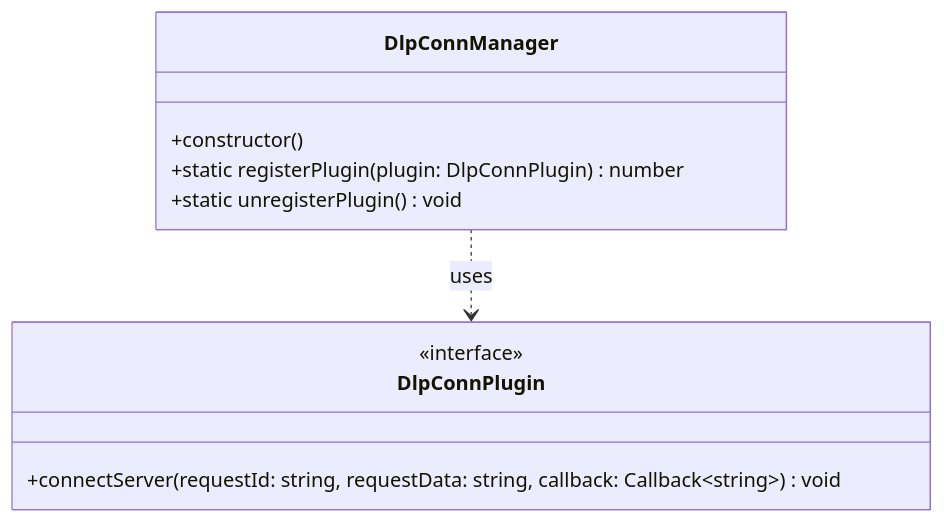
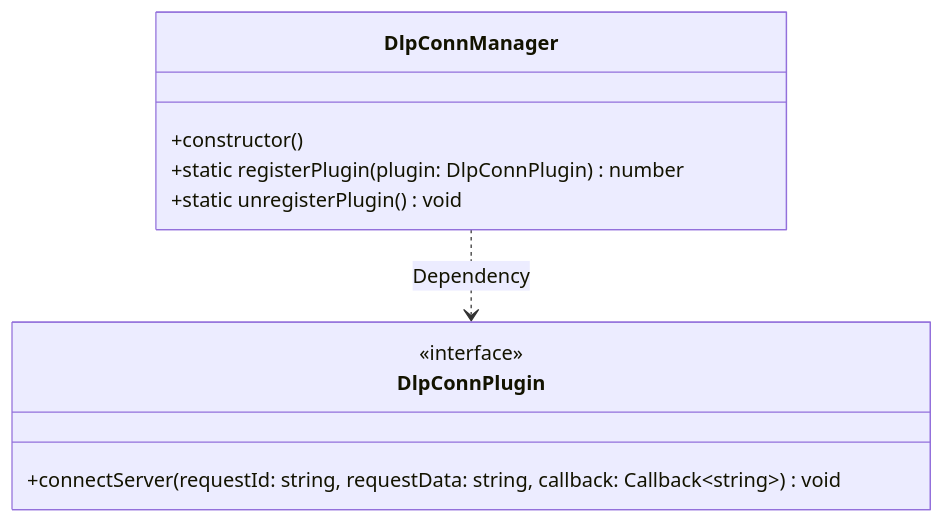
One commit to openharmony-rs/openharmony-docs changed the diagram in zh-cn/application-dev/reference/apis-data-protection-kit/js-apis-dlppermission.md. Above: the diagram before and after it, drawn with Mermaid.

Commit message:
update: 更新文件 js-apis-dlppermission.md

````diff
--- a/zh-cn/application-dev/reference/apis-data-protection-kit/js-apis-dlppermission.md
+++ b/zh-cn/application-dev/reference/apis-data-protection-kit/js-apis-dlppermission.md
@@ -47,14 +47,14 @@
 ```mermaid
 classDiagram
     class DlpConnManager {
         +constructor()
         +static registerPlugin(plugin: DlpConnPlugin) number
         +static unregisterPlugin() void
     }
     class DlpConnPlugin {
         <<interface>>
         +connectServer(requestId: string, requestData: string, callback: Callback~string~) void
     }
-    DlpConnManager ..> DlpConnPlugin : uses
+    DlpConnManager ..> DlpConnPlugin : Dependency
    
 ```
````
